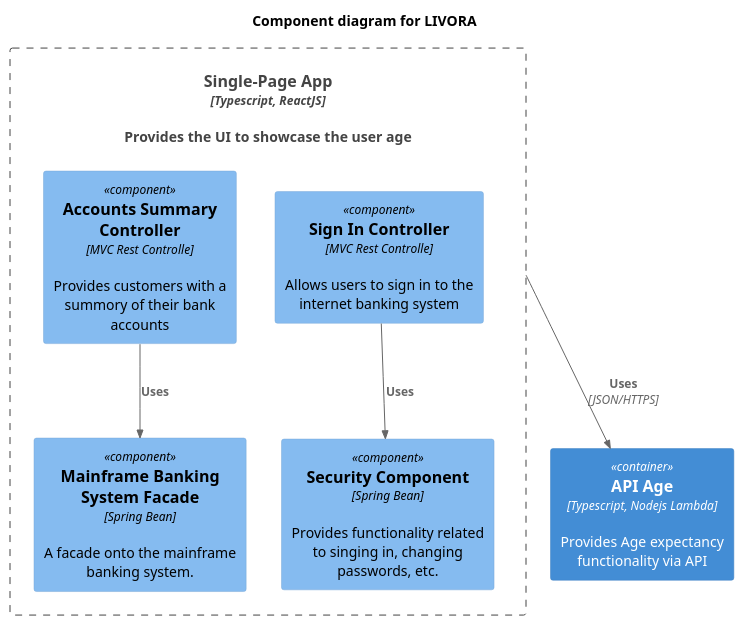
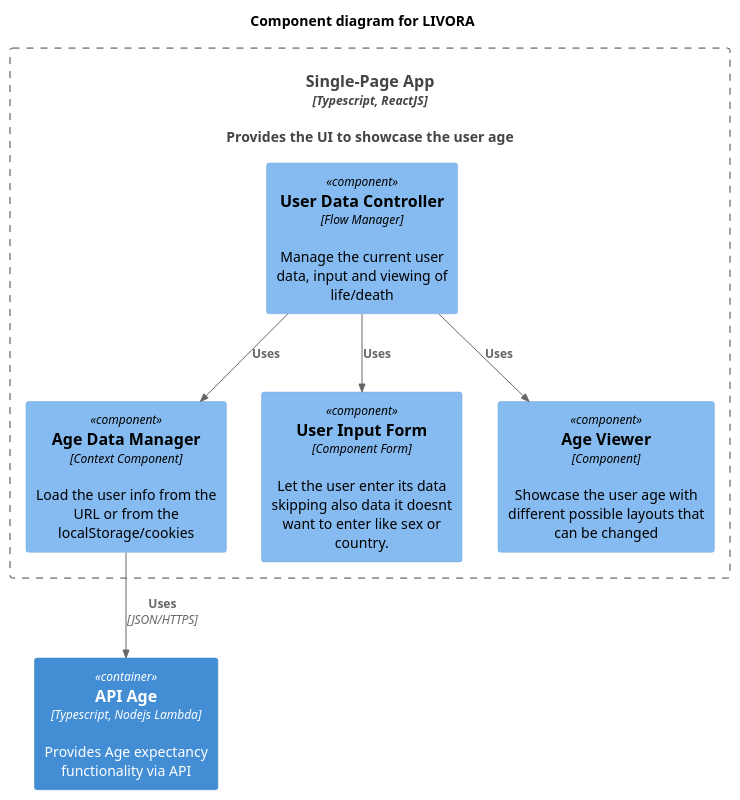
Before and after one commit to riccardogiorato/livora: the diagram in docs/component.puml, drawn with PlantUML.

Commit message:
update component diagram

```diff
--- a/docs/component.puml
+++ b/docs/component.puml
@@ -1,26 +1,27 @@
 @startuml
 !includeurl https://raw.githubusercontent.com/RicardoNiepel/C4-PlantUML/master/C4_Component.puml
 
 'LAYOUT_WITH_LEGEND()
 
 title Component diagram for LIVORA
 
 
 Container(spa, "Single-Page App", "Typescript, ReactJS", "Provides the UI to showcase the user age")
 Container(backend_api, "API Age", "Typescript, Nodejs Lambda", "Provides Age expectancy functionality via API")
 
 
 Container_Boundary(spa, "Single-Page App") {
-    Component(sign, "Sign In Controller", "MVC Rest Controlle", "Allows users to sign in to the internet banking system")
-    Component(accounts, "Accounts Summary Controller", "MVC Rest Controlle", "Provides customers with a summory of their bank accounts")
-    Component(security, "Security Component", "Spring Bean", "Provides functionality related to singing in, changing passwords, etc.")
-    Component(mbsfacade, "Mainframe Banking System Facade", "Spring Bean", "A facade onto the mainframe banking system.")
+    Component(user_data_control, "User Data Controller", "Flow Manager", "Manage the current user data, input and viewing of life/death")
+    Component(data_manager, "Age Data Manager", "Context Component", "Load the user info from the URL or from the localStorage/cookies")
+    Component(input_form, "User Input Form", "Component Form", "Let the user enter its data skipping also data it doesnt want to enter like sex or country.")
+    Component(age_viewer, "Age Viewer", "Component", "Showcase the user age with different possible layouts that can be changed")
 
-    Rel(sign, security, "Uses")
-    Rel(accounts, mbsfacade, "Uses")
+    Rel(user_data_control, data_manager, "Uses")
+    Rel(user_data_control, input_form, "Uses")
+    Rel(user_data_control, age_viewer, "Uses")
 }
 
-Rel(spa, backend_api, "Uses", "JSON/HTTPS")
+Rel(data_manager, backend_api, "Uses", "JSON/HTTPS")
 
 
 @enduml
```
